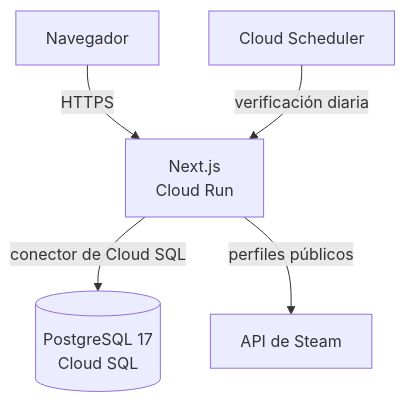
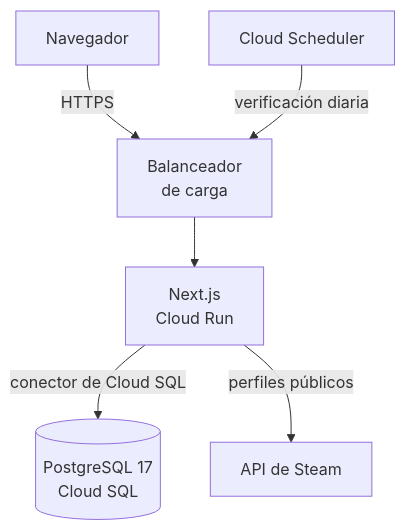
Before and after one commit to FitoCoding/gamenest: the diagram in docs/diagramas/arquitectura.mmd, drawn with Mermaid. The commit also changed 2 other files, not shown here.

```diff
--- a/docs/diagramas/arquitectura.mmd
+++ b/docs/diagramas/arquitectura.mmd
@@ -1,5 +1,6 @@
 flowchart TD
-    U["Navegador"] -->|HTTPS| A["Next.js<br/>Cloud Run"]
-    C["Cloud Scheduler"] -->|verificación diaria| A
+    U["Navegador"] -->|HTTPS| L["Balanceador<br/>de carga"]
+    C["Cloud Scheduler"] -->|verificación diaria| L
+    L --> A["Next.js<br/>Cloud Run"]
     A -->|conector de Cloud SQL| D[("PostgreSQL 17<br/>Cloud SQL")]
     A -->|perfiles públicos| S["API de Steam"]
```
